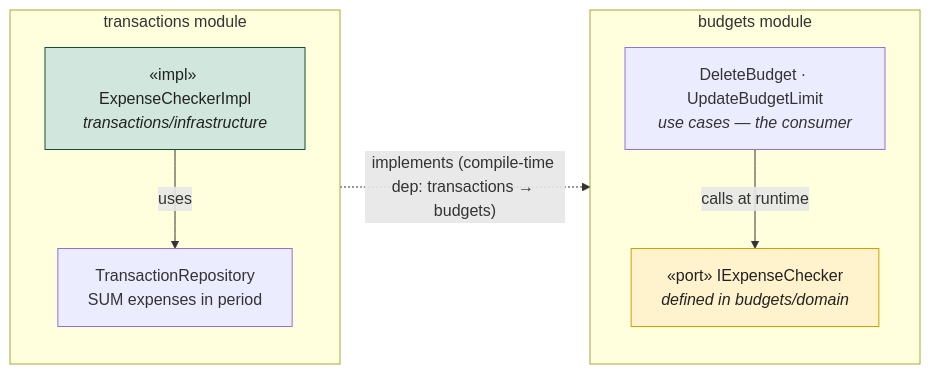
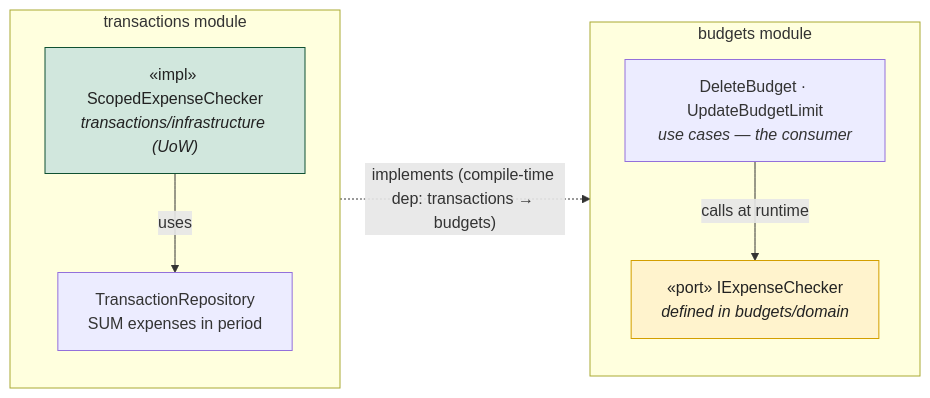
Before and after one commit to vicentera0957-arch/personal-finance-api: the third of 6 diagrams in docs/architecture.md, drawn with Mermaid. The commit also changed other lines of this file and 13 other files, not shown here.

````diff
--- a/docs/architecture.md
+++ b/docs/architecture.md
@@ -99,23 +99,23 @@
 ```mermaid
 flowchart LR
     subgraph budgets["budgets module"]
         direction TB
         BUC["DeleteBudget · UpdateBudgetLimit<br/><i>use cases — the consumer</i>"]
         IEC["«port» IExpenseChecker<br/><i>defined in budgets/domain</i>"]
         BUC -->|"calls at runtime"| IEC
     end
 
     subgraph transactions["transactions module"]
         direction TB
-        ECI["«impl» ExpenseCheckerImpl<br/><i>transactions/infrastructure</i>"]
+        ECI["«impl» ScopedExpenseChecker<br/><i>transactions/infrastructure (UoW)</i>"]
         TR["TransactionRepository<br/>SUM expenses in period"]
         ECI -->|uses| TR
     end
 
     ECI -.->|"implements (compile-time dep: transactions → budgets)"| IEC
 
     classDef port fill:#fff3cd,stroke:#d39e00,color:#222;
     classDef impl fill:#d1e7dd,stroke:#0f5132,color:#222;
     class IEC port
     class ECI impl
 ```
````
